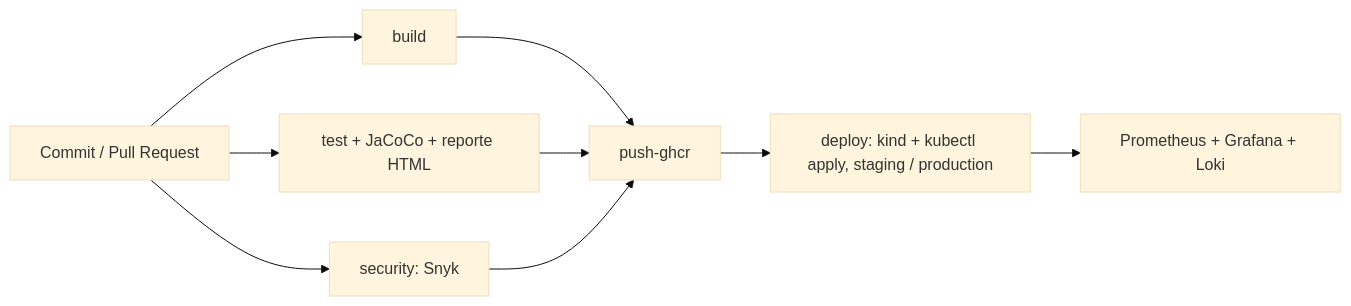
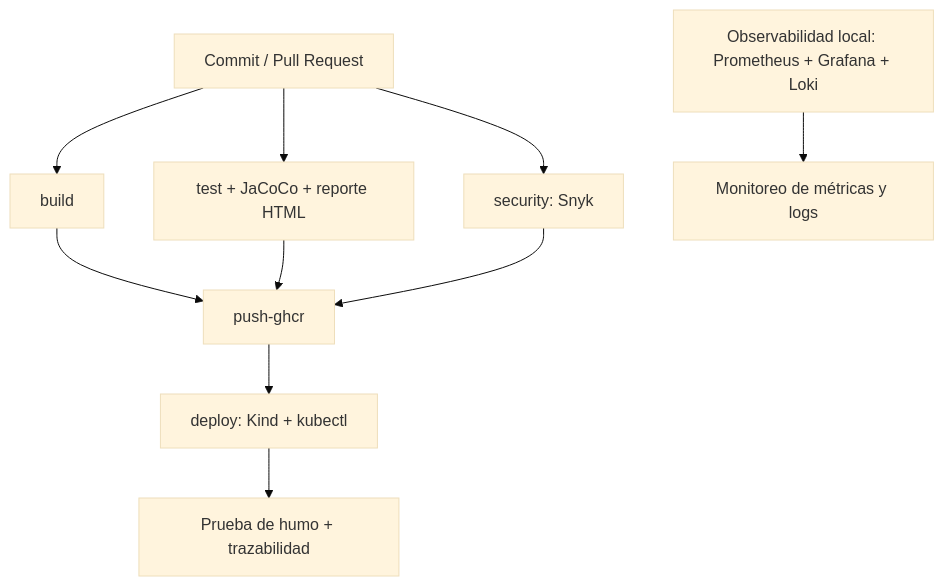
One commit to Fakiier/devops_007d_ols changed the diagram in README.md. Above: the diagram before and after it, drawn with Mermaid (base theme). The commit also changed other lines of this file, not shown here.

Commit message:
docs: actualizar documentacion de Kubernetes y observabilidad

````diff
--- a/README.md
+++ b/README.md
@@ -117,11 +117,13 @@
 ```mermaid
-flowchart LR
+flowchart TD
     A[Commit / Pull Request] --> B[build]
     A --> C[test + JaCoCo + reporte HTML]
     A --> D[security: Snyk]
     B --> E[push-ghcr]
     C --> E
     D --> E
-    E --> F[deploy: kind + kubectl apply, staging / production]
-    F --> G[Prometheus + Grafana + Loki]
+    E --> F[deploy: Kind + kubectl]
+    F --> G[Prueba de humo + trazabilidad]
+    H[Observabilidad local: Prometheus + Grafana + Loki]
+    H --> I[Monitoreo de métricas y logs]
 ```
````
